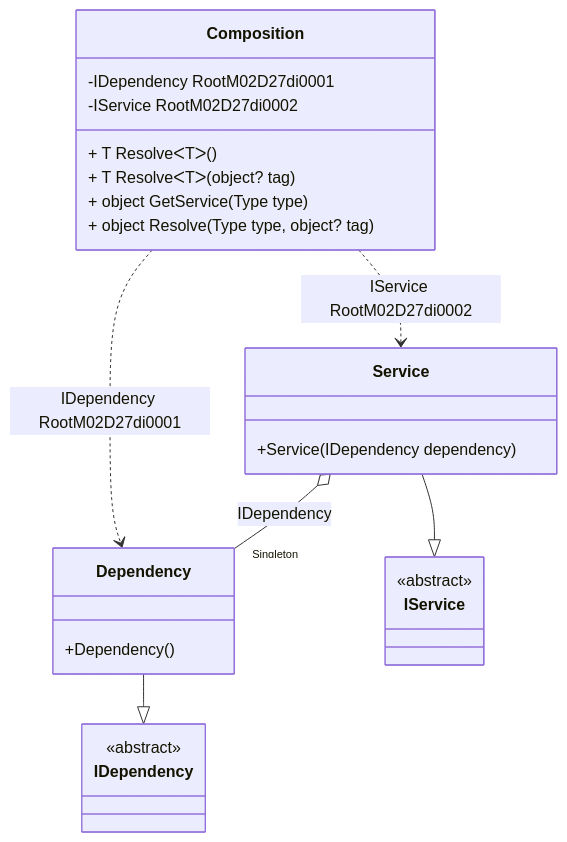
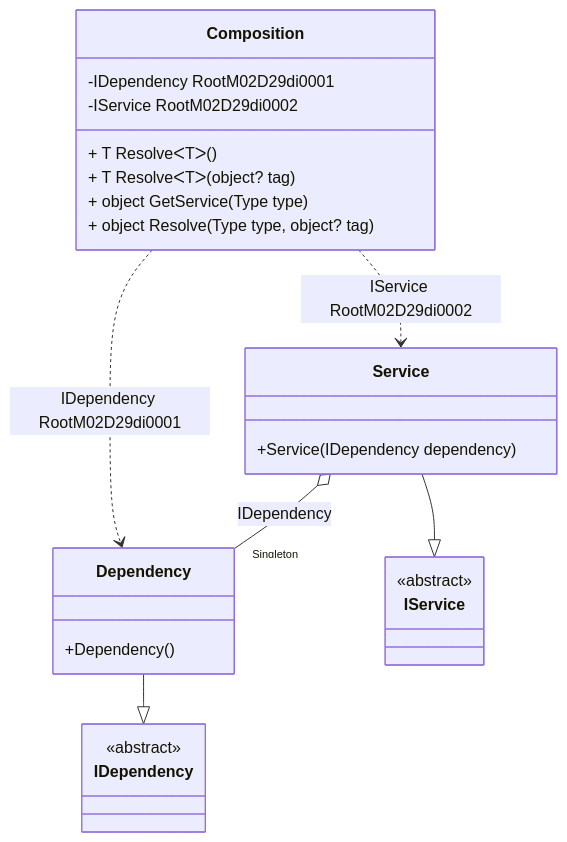
Before and after one commit to DevTeam/Pure.DI: the diagram in readme/service-provider.md, drawn with Mermaid. The commit also changed other lines of this file and 68 other files, not shown here.

````diff
--- a/readme/service-provider.md
+++ b/readme/service-provider.md
@@ -45,28 +45,28 @@
 ```mermaid
 classDiagram
   class Composition {
-    -IDependency RootM02D27di0001
-    -IService RootM02D27di0002
+    -IDependency RootM02D29di0001
+    -IService RootM02D29di0002
     + T ResolveᐸTᐳ()
     + T ResolveᐸTᐳ(object? tag)
     + object GetService(Type type)
     + object Resolve(Type type, object? tag)
   }
   Dependency --|> IDependency : 
   class Dependency {
     +Dependency()
   }
   Service --|> IService : 
   class Service {
     +Service(IDependency dependency)
   }
   class IDependency {
     <<abstract>>
   }
   class IService {
     <<abstract>>
   }
   Service o--  "Singleton" Dependency : IDependency
-  Composition ..> Dependency : IDependency RootM02D27di0001
-  Composition ..> Service : IService RootM02D27di0002
+  Composition ..> Dependency : IDependency RootM02D29di0001
+  Composition ..> Service : IService RootM02D29di0002
 ```
````
